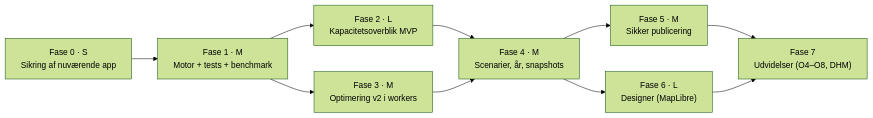
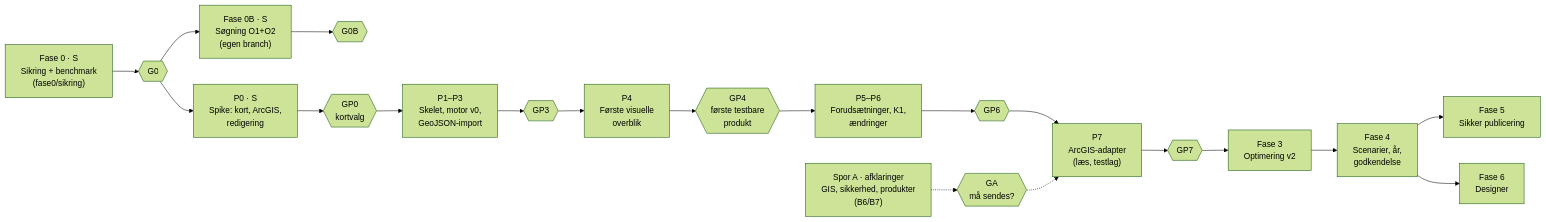
Before and after one commit to steenh/camping-space-mapper: the diagram in DISCOVERY-ROADMAP.md, drawn with Mermaid (forest theme). The commit also changed other lines of this file and 3 other files, not shown here.

First line of the commit message:
Opdatér roadmap og opret beslutningslog efter discovery-review

````diff
--- a/DISCOVERY-ROADMAP.md
+++ b/DISCOVERY-ROADMAP.md
@@ -96,12 +98,15 @@
 ```mermaid
 flowchart LR
-  F0["Fase 0 · S<br/>Sikring af nuværende app"] --> F1["Fase 1 · M<br/>Motor + tests + benchmark"]
-  F1 --> F2["Fase 2 · L<br/>Kapacitetsoverblik MVP"]
-  F1 --> F3["Fase 3 · M<br/>Optimering v2 i workers"]
-  F2 --> F4["Fase 4 · M<br/>Scenarier, år, snapshots"]
-  F3 --> F4
-  F4 --> F5["Fase 5 · M<br/>Sikker publicering"]
-  F4 --> F6["Fase 6 · L<br/>Designer (MapLibre)"]
-  F5 --> F7["Fase 7<br/>Udvidelser (O4–O8, DHM)"]
-  F6 --> F7
+  F0["Fase 0 · S<br/>Sikring + benchmark<br/>(fase0/sikring)"] --> G0{{"G0"}}
+  G0 --> F0B["Fase 0B · S<br/>Søgning O1+O2<br/>(egen branch)"] --> G0B{{"G0B"}}
+  G0 --> P0["P0 · S<br/>Spike: kort, ArcGIS,<br/>redigering"] --> GP0{{"GP0<br/>kortvalg"}}
+  GP0 --> P1["P1–P3<br/>Skelet, motor v0,<br/>GeoJSON-import"] --> GP3{{"GP3"}}
+  GP3 --> P4["P4<br/>Første visuelle<br/>overblik"] --> GP4{{"GP4<br/>første testbare<br/>produkt"}}
+  GP4 --> P5["P5–P6<br/>Forudsætninger, K1,<br/>ændringer"] --> GP6{{"GP6"}}
+  GP6 --> P7["P7<br/>ArcGIS-adapter<br/>(læs, testlag)"] --> GP7{{"GP7"}}
+  GP7 --> F3["Fase 3<br/>Optimering v2"] --> F4["Fase 4<br/>Scenarier, år,<br/>godkendelse"]
+  F4 --> F5["Fase 5<br/>Sikker publicering"]
+  F4 --> F6["Fase 6<br/>Designer"]
+  A["Spor A · afklaringer<br/>GIS, sikkerhed, produkter<br/>(B6/B7)"] -.-> GA{{"GA<br/>må sendes?"}}
+  GA -.-> P7
 ```
````
